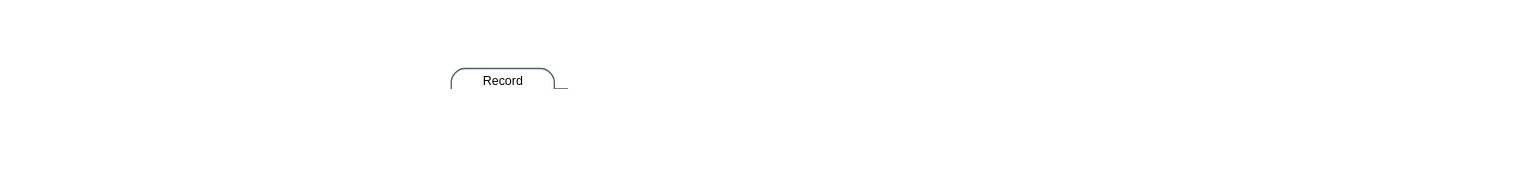
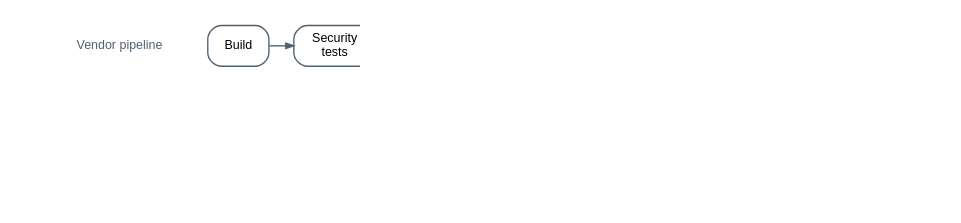
One commit to stampedeShelby/my-first-repo changed the diagram in secure-supply-chain/docs/diagrams/pipeline_gate.dot. Above: the diagram before and after it, drawn with Graphviz. The commit also changed 17 other files, not shown here.

```diff
--- a/secure-supply-chain/docs/diagrams/pipeline_gate.dot
+++ b/secure-supply-chain/docs/diagrams/pipeline_gate.dot
@@ -1,17 +1,23 @@
 digraph G { 
   graph [fontname="Helvetica", fontsize=13, bgcolor="white", pad=0.3, nodesep=0.35, ranksep=0.42, dpi=200];
   node  [fontname="Helvetica", fontsize=12, shape=box, style="rounded,filled", fillcolor="#ffffff",
          color="#51606f", penwidth=1.2, margin="0.18,0.07"];
   edge  [fontname="Helvetica", fontsize=10, color="#51606f", penwidth=1.2, arrowsize=0.7];
- rankdir=LR; ranksep=0.28; nodesep=0.25;
+ rankdir=TB; newrank=true; nodesep=0.3; ranksep=0.5;
   node [fontsize=11];
   s1 [label="Build"]; s2 [label="Security\ntests"]; s3 [label="SHA-256"]; s4 [label="Sign\n(RBAC+MFA)"];
-  s5 [label="Record\nprovenance"]; s6 [label="Publish"]; s7 [label="TLS 1.3\ndownload"];
-  c1 [label="Verify\nsignature"]; c2 [label="Verify\nSHA-256"]; c3 [label="Key\nstatus"]; c4 [label="Artifact /\nversion status"];
-  c5 [label="Provenance\n+ policy"];
+  s5 [label="Record\nprovenance"]; s6 [label="Publish to\nregistry"];
+  s7 [label="TLS 1.3\ndownload"]; c1 [label="Verify\nsignature"]; c2 [label="Verify\nSHA-256"]; c3 [label="Key\nstatus"];
+  c4 [label="Artifact /\nversion status"]; c5 [label="Provenance\n+ policy"];
   d [label="DEPLOY", fillcolor="#d5f0de", color="#1a7f4b", fontcolor="#1a7f4b"];
-  x [label="STOP PIPELINE\nBLOCK + security event\n+ audit record", fillcolor="#fbd9d6", color="#b42318", fontcolor="#b42318"];
-  s1 -> s2 -> s3 -> s4 -> s5 -> s6 -> s7 -> c1 -> c2 -> c3 -> c4 -> c5 -> d;
-  { s2 s4 c1 c2 c3 c4 c5 } -> x [color="#b42318", style=dashed, arrowsize=0.5];
-  {rank=same; c3; x}
+  x [label="ANY FAILED STAGE (incl. security tests / unauthorised signing)\nSTOP PIPELINE: BLOCK + security event + audit record", fillcolor="#fbd9d6", color="#b42318", fontcolor="#b42318"];
+  {rank=same; s1; s2; s3; s4; s5; s6}
+  {rank=same; s7; c1; c2; c3; c4; c5; d}
+  s1 -> s2 -> s3 -> s4 -> s5 -> s6; s6 -> s7 [constraint=false];
+  s7 -> c1 -> c2 -> c3 -> c4 -> c5 -> d;
+  s1 -> s7 [style=invis];
+  { c1 c2 c3 c4 c5 } -> x [color="#b42318", style=dashed, arrowsize=0.5];
+  vendor [label="Vendor pipeline", shape=plaintext, style="", fontcolor="#51606f"];
+  cust [label="Customer pipeline", shape=plaintext, style="", fontcolor="#51606f"];
+  {rank=same; vendor; s1} {rank=same; cust; s7} vendor -> s1 [style=invis]; cust -> s7 [style=invis];
 }
```
